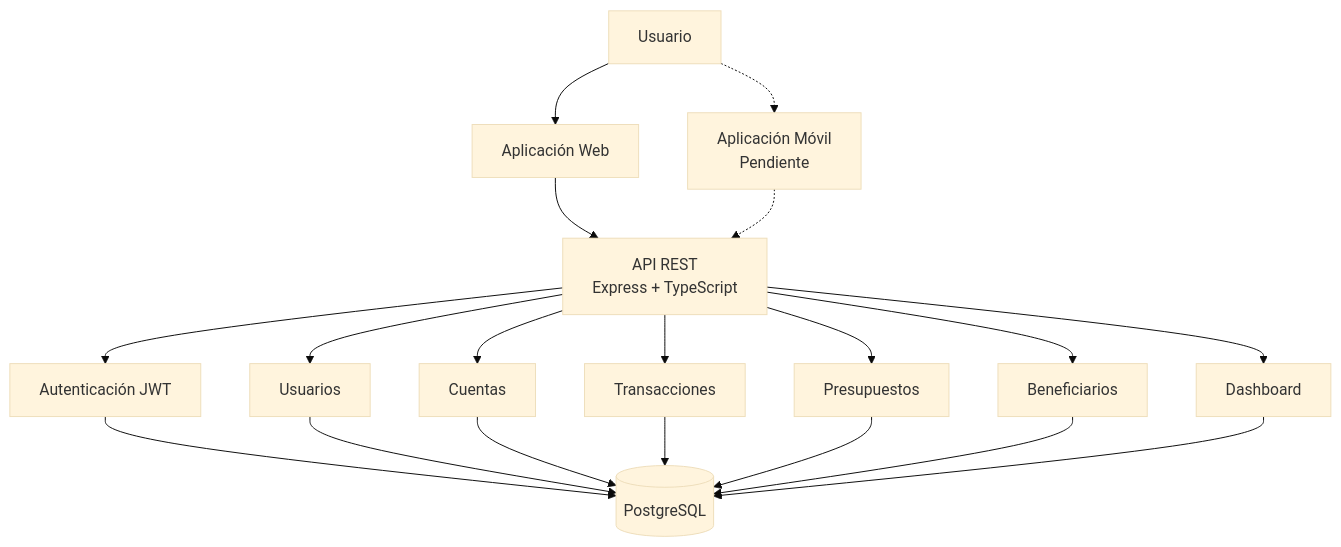
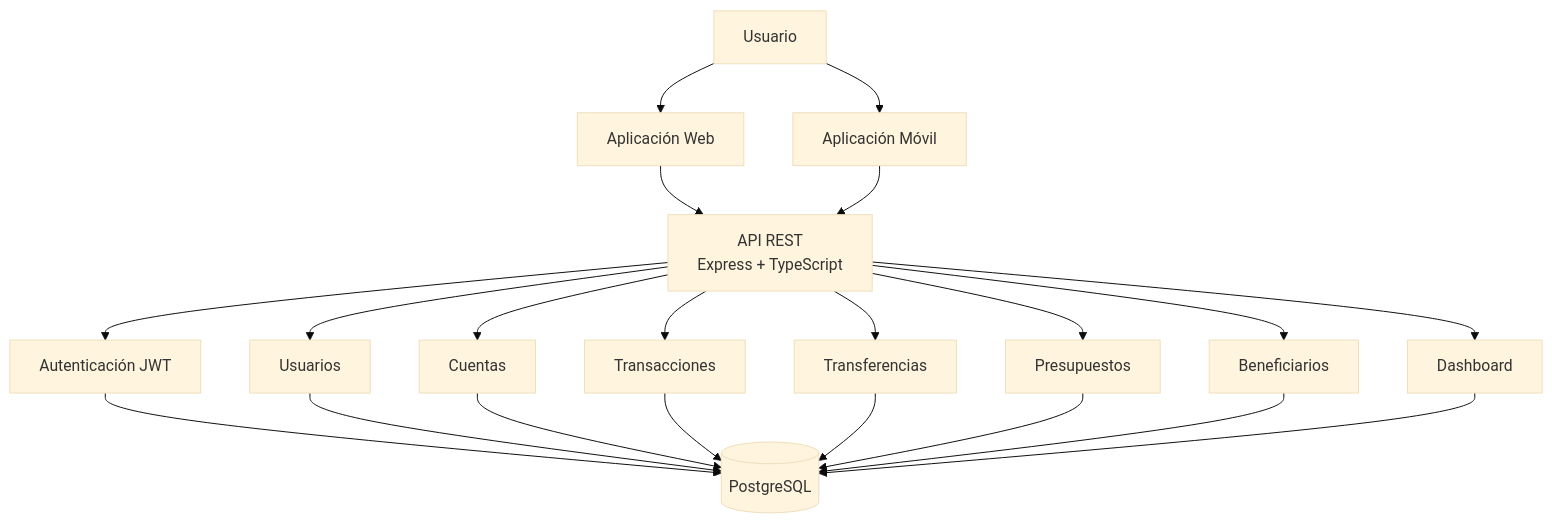
Before and after one commit to Yair-Blad/treowallet: the diagram in README.md, drawn with Mermaid (base theme). The commit also changed other lines of this file and 1174 other files, not shown here.

````diff
--- a/README.md
+++ b/README.md
@@ -54,24 +56,26 @@
 ```mermaid
 flowchart TD
     U[Usuario] --> W[Aplicación Web]
-    U -.-> M[Aplicación Móvil<br/>Pendiente]
+    U --> M[Aplicación Móvil]
 
     W --> API[API REST<br/>Express + TypeScript]
-    M -.-> API
+    M --> API
 
     API --> AUTH[Autenticación JWT]
     API --> USERS[Usuarios]
-    API --> ACC[ Cuentas ]
+    API --> ACC[Cuentas]
     API --> TRANS[Transacciones]
+    API --> TRANSF[Transferencias]
     API --> BUD[Presupuestos]
     API --> BEN[Beneficiarios]
     API --> DASH[Dashboard]
 
     AUTH --> DB[(PostgreSQL)]
     USERS --> DB
     ACC --> DB
     TRANS --> DB
+    TRANSF --> DB
     BUD --> DB
     BEN --> DB
     DASH --> DB
 ```
````
